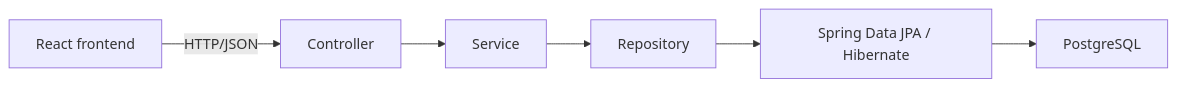
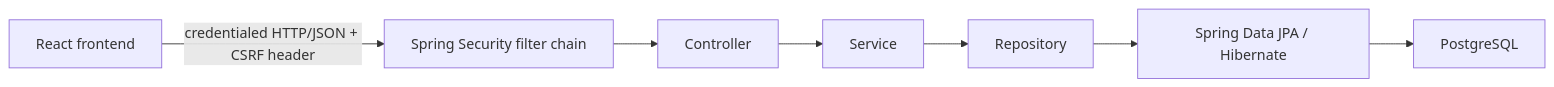
The diagram in docs/architecture.md (goravjhabakh/java-fullstack), drawn with Mermaid before and after one commit. The commit also changed other lines of this file and 10 other files, not shown here.

Commit message:
feat: polish authentication flows and complete security docs

````diff
--- a/docs/architecture.md
+++ b/docs/architecture.md
@@ -15,8 +9,9 @@
 ```mermaid
 flowchart LR
-    Client[React frontend] -->|HTTP/JSON| Controller
+    Browser[React frontend] -->|credentialed HTTP/JSON + CSRF header| Security[Spring Security filter chain]
+    Security --> Controller
     Controller --> Service
     Service --> Repository
     Repository --> JPA[Spring Data JPA / Hibernate]
     JPA --> PostgreSQL
 ```
````
